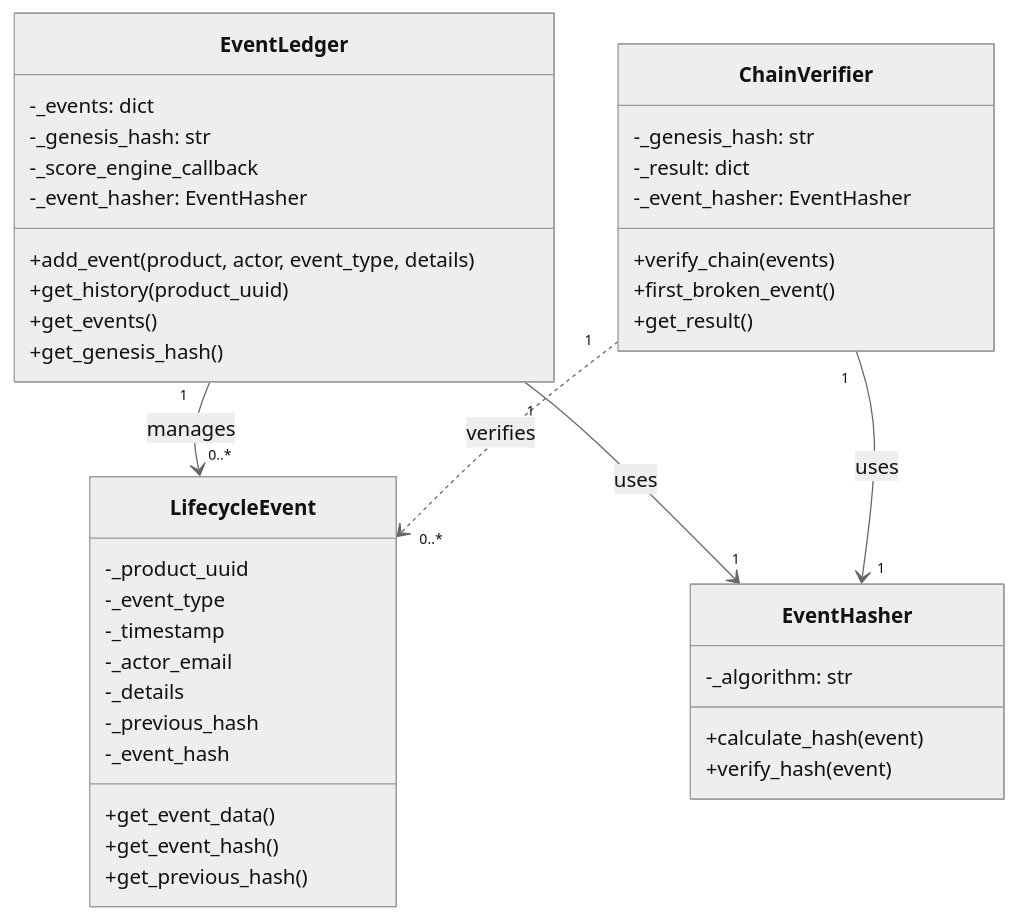
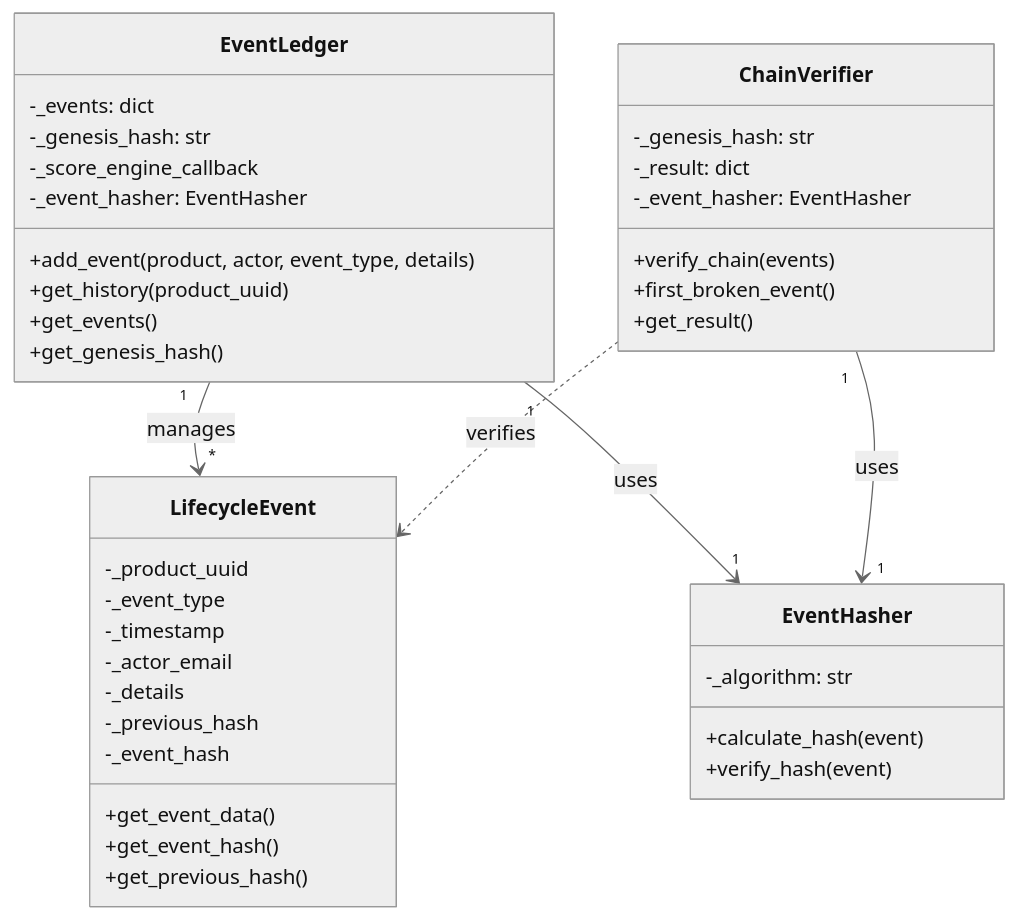
One commit to pradnya-shinde001/group15-circular-product-passport changed the second of 4 diagrams in README.md. Above: the diagram before and after it, drawn with Mermaid (neutral theme).

Commit message:
Eventledger class diagram update

````diff
--- a/README.md
+++ b/README.md
@@ -144,47 +144,47 @@
 ```mermaid
 classDiagram
 
     class EventLedger {
         -_events: dict
         -_genesis_hash: str
         -_score_engine_callback
         -_event_hasher: EventHasher
         +add_event(product, actor, event_type, details)
         +get_history(product_uuid)
         +get_events()
         +get_genesis_hash()
     }
 
     class LifecycleEvent {
         -_product_uuid
         -_event_type
         -_timestamp
         -_actor_email
         -_details
         -_previous_hash
         -_event_hash
         +get_event_data()
         +get_event_hash()
         +get_previous_hash()
     }
 
     class EventHasher {
         -_algorithm: str
         +calculate_hash(event)
         +verify_hash(event)
     }
 
     class ChainVerifier {
         -_genesis_hash: str
         -_result: dict
         -_event_hasher: EventHasher
         +verify_chain(events)
         +first_broken_event()
         +get_result()
     }
 
-    EventLedger "1" --> "0..*" LifecycleEvent : manages
+    EventLedger "1" --> "*" LifecycleEvent : manages
     EventLedger "1" --> "1" EventHasher : uses
     ChainVerifier "1" --> "1" EventHasher : uses
-    ChainVerifier "1" ..> "0..*" LifecycleEvent : verifies
+    ChainVerifier  ..>  LifecycleEvent : verifies
 ```
````
